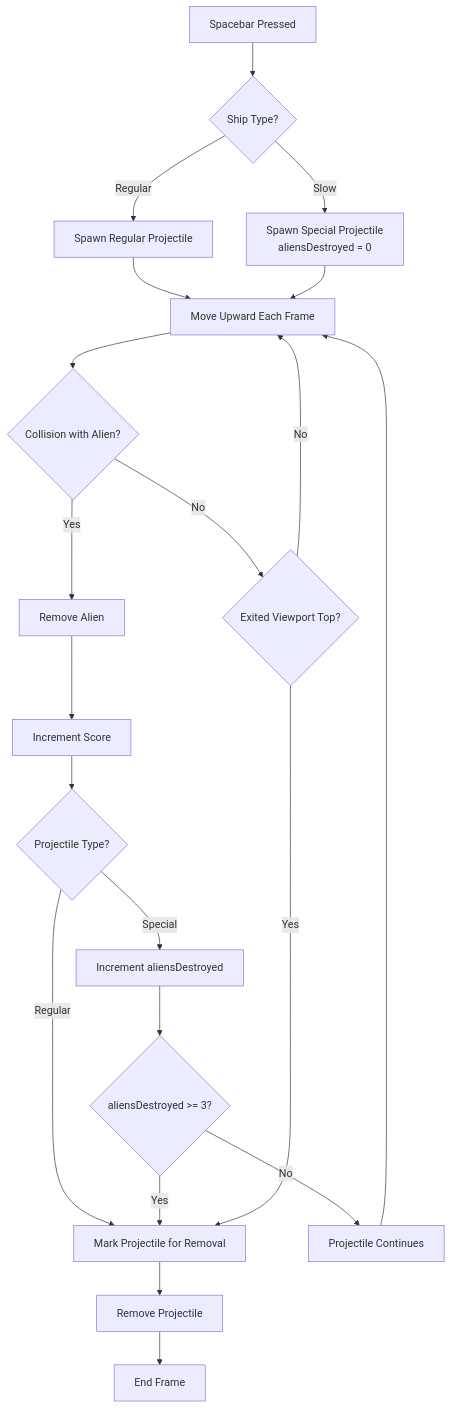
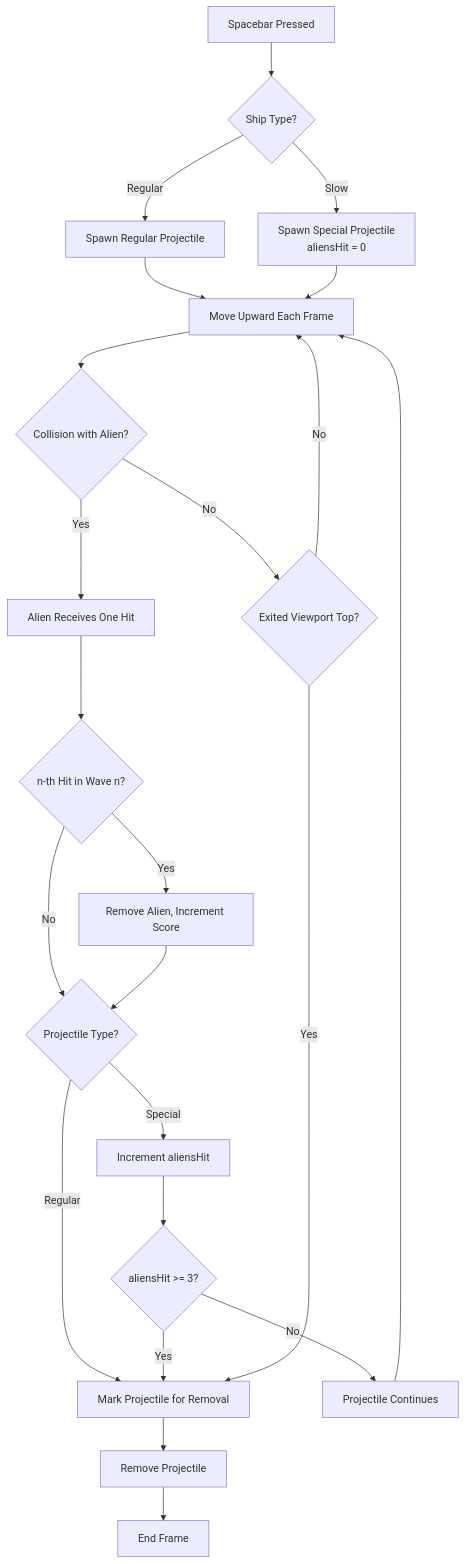
The diagram in docs/architecture/ARC-006-slow-ship-special-projectile.md (akmaier/AlienInvasion), drawn with Mermaid before and after one commit. The commit also changed other lines of this file and 5 other files, not shown here.

First line of the commit message:
Architecture follows UC-003/004/006/008/009: waves and a cookie-kept highscore list

````diff
--- a/docs/architecture/ARC-006-slow-ship-special-projectile.md
+++ b/docs/architecture/ARC-006-slow-ship-special-projectile.md
@@ -96,23 +97,25 @@
 ```mermaid
 flowchart TD
     A[Spacebar Pressed] --> B{Ship Type?}
     B -->|Regular| C[Spawn Regular Projectile]
-    B -->|Slow| D[Spawn Special Projectile<br/>aliensDestroyed = 0]
+    B -->|Slow| D[Spawn Special Projectile<br/>aliensHit = 0]
     C --> E[Move Upward Each Frame]
     D --> E
     E --> F{Collision with Alien?}
-    F -->|Yes| G[Remove Alien]
-    G --> H[Increment Score]
-    H --> I{Projectile Type?}
+    F -->|Yes| G[Alien Receives One Hit]
+    G --> Q{n-th Hit in Wave n?}
+    Q -->|Yes| H[Remove Alien, Increment Score]
+    Q -->|No| I{Projectile Type?}
+    H --> I
     I -->|Regular| J[Mark Projectile for Removal]
-    I -->|Special| K[Increment aliensDestroyed]
-    K --> L{aliensDestroyed >= 3?}
+    I -->|Special| K[Increment aliensHit]
+    K --> L{aliensHit >= 3?}
     L -->|Yes| J
     L -->|No| M[Projectile Continues]
     F -->|No| N{Exited Viewport Top?}
     N -->|Yes| J
     N -->|No| E
     J --> O[Remove Projectile]
     M --> E
     O --> P[End Frame]
 ```
````
